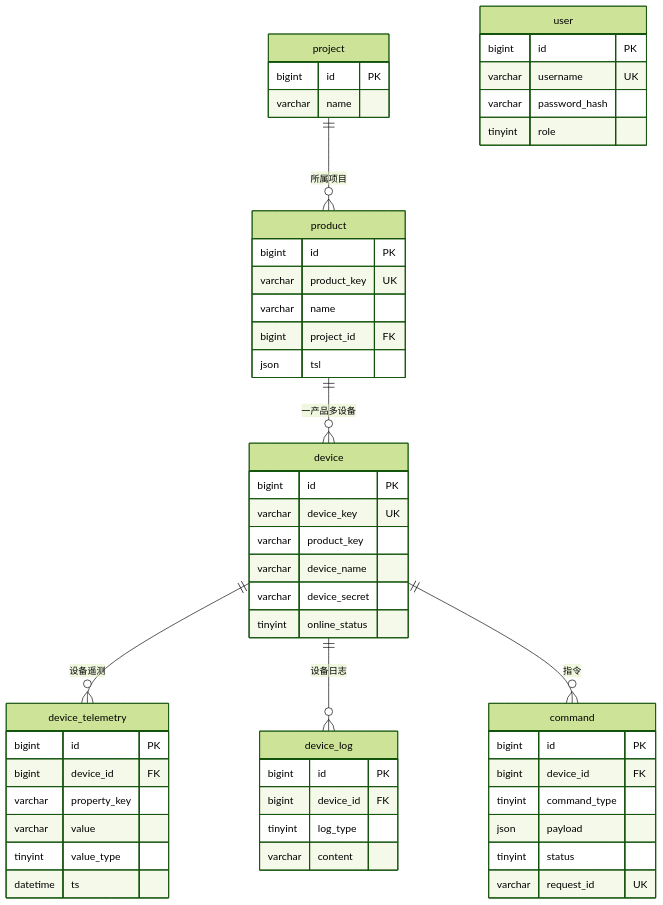
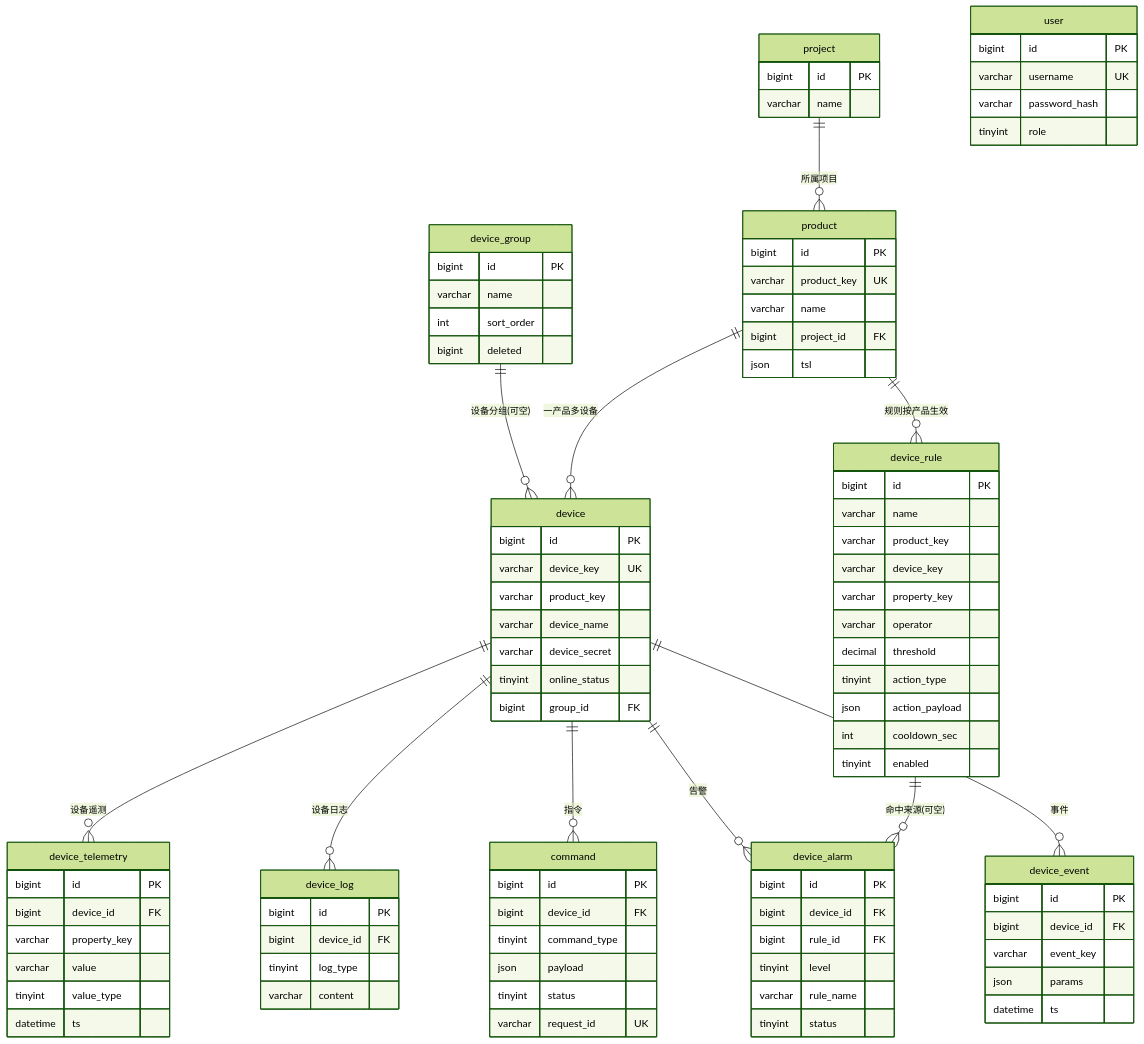
The second of 9 diagrams in docs/后端代码完全解读.md (QinYuanW/-), drawn with Mermaid (forest theme) before and after one commit. The commit also changed other lines of this file and 13 other files, not shown here.

````diff
--- a/docs/后端代码完全解读.md
+++ b/docs/后端代码完全解读.md
@@ -188,9 +188,14 @@
 erDiagram
     project ||--o{ product : "所属项目"
     product ||--o{ device : "一产品多设备"
+    device_group ||--o{ device : "设备分组(可空)"
     device ||--o{ device_telemetry : "设备遥测"
     device ||--o{ device_log : "设备日志"
     device ||--o{ command : "指令"
+    product ||--o{ device_rule : "规则按产品生效"
+    device_rule ||--o{ device_alarm : "命中来源(可空)"
+    device ||--o{ device_alarm : "告警"
+    device ||--o{ device_event : "事件"
     user {
         bigint id PK
         varchar username UK
@@ -215,6 +220,7 @@
         varchar device_name
         varchar device_secret
         tinyint online_status
+        bigint group_id FK
     }
     device_telemetry {
         bigint id PK
@@ -238,4 +244,38 @@
         tinyint status
         varchar request_id UK
     }
+    device_group {
+        bigint id PK
+        varchar name
+        int sort_order
+        bigint deleted
+    }
+    device_rule {
+        bigint id PK
+        varchar name
+        varchar product_key
+        varchar device_key
+        varchar property_key
+        varchar operator
+        decimal threshold
+        tinyint action_type
+        json action_payload
+        int cooldown_sec
+        tinyint enabled
+    }
+    device_alarm {
+        bigint id PK
+        bigint device_id FK
+        bigint rule_id FK
+        tinyint level
+        varchar rule_name
+        tinyint status
+    }
+    device_event {
+        bigint id PK
+        bigint device_id FK
+        varchar event_key
+        json params
+        datetime ts
+    }
 ```
````
